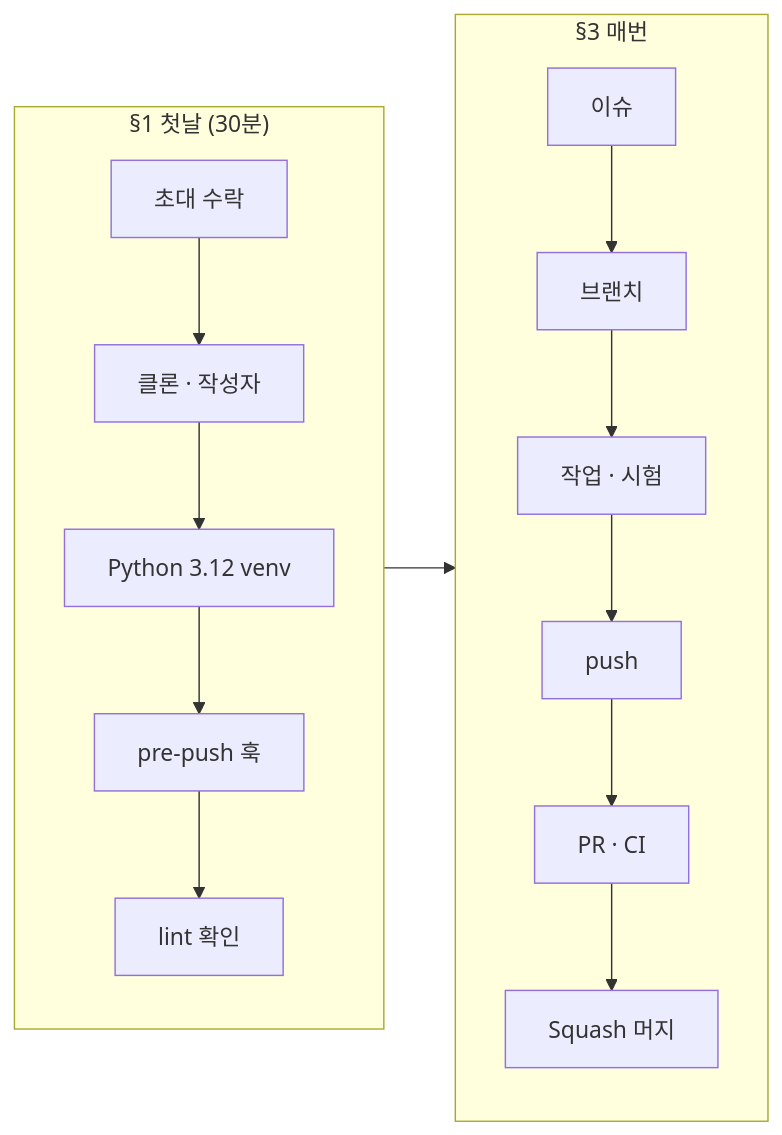
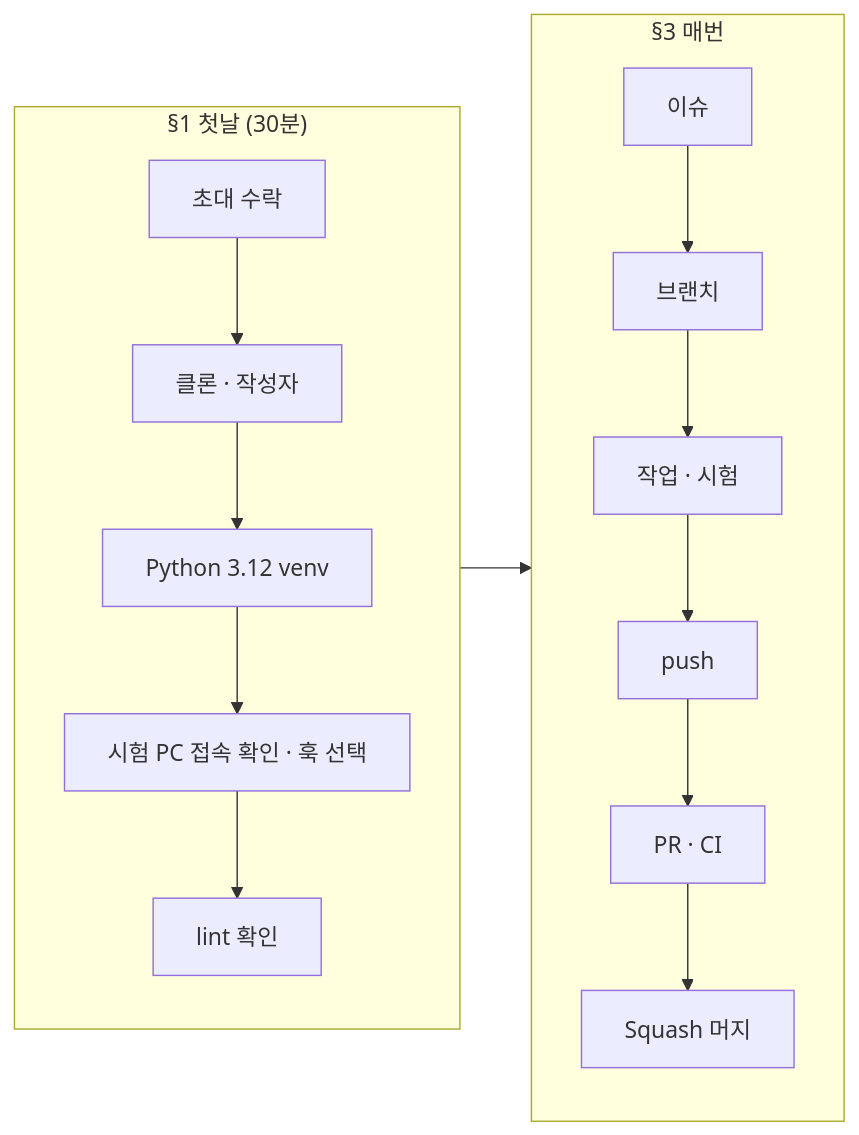
One commit to robotics-team-1213/rosy-platform changed the first of 3 diagrams in docs/reference/team-guide.md. Above: the diagram before and after it, drawn with Mermaid. The commit also changed other lines of this file and 7 other files, not shown here.

````diff
--- a/docs/reference/team-guide.md
+++ b/docs/reference/team-guide.md
@@ -9,10 +11,10 @@
 ```mermaid
 flowchart LR
     subgraph day1["§1 첫날 (30분)"]
-        a1["초대 수락"] --> a2["클론 · 작성자"] --> a3["Python 3.12 venv"] --> a4["pre-push 훅"] --> a5["lint 확인"]
+        a1["초대 수락"] --> a2["클론 · 작성자"] --> a3["Python 3.12 venv"] --> a4["시험 PC 접속 확인 · 훅 선택"] --> a5["lint 확인"]
     end
     subgraph work["§3 매번"]
         b1["이슈"] --> b2["브랜치"] --> b3["작업 · 시험"] --> b4["push"] --> b5["PR · CI"] --> b6["Squash 머지"]
     end
     day1 --> work
 ```
````
